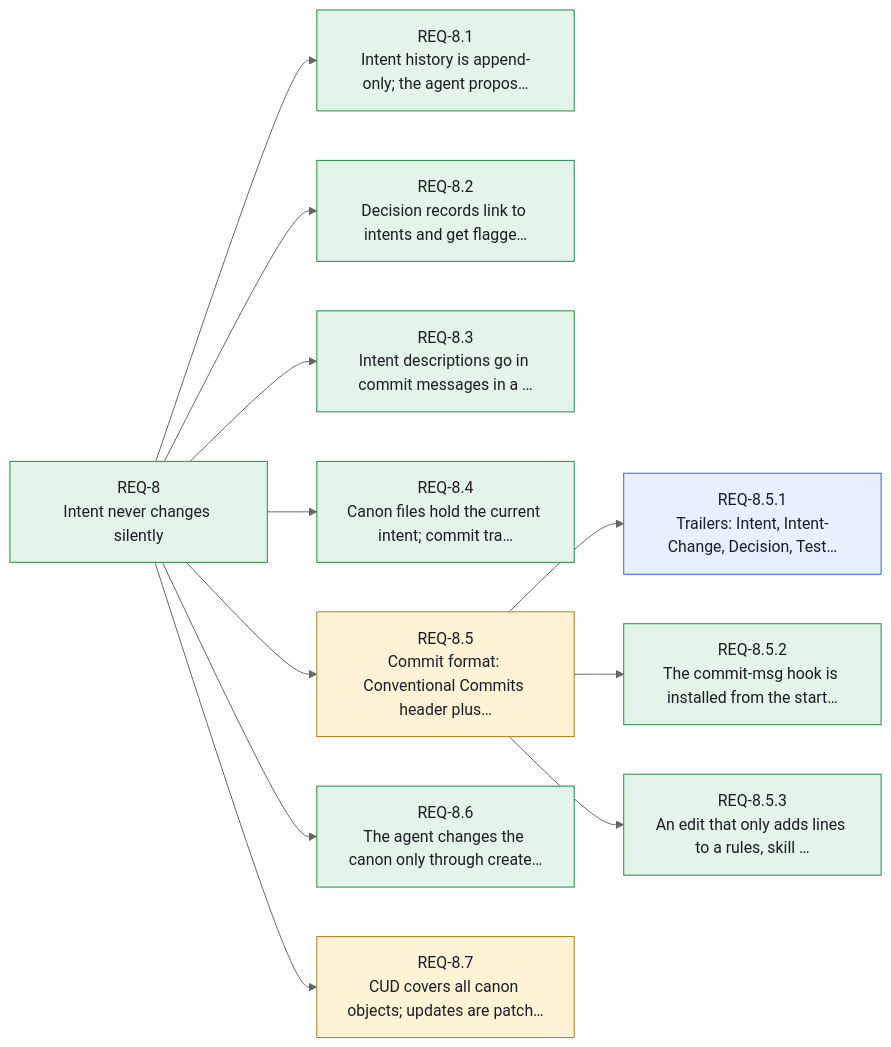
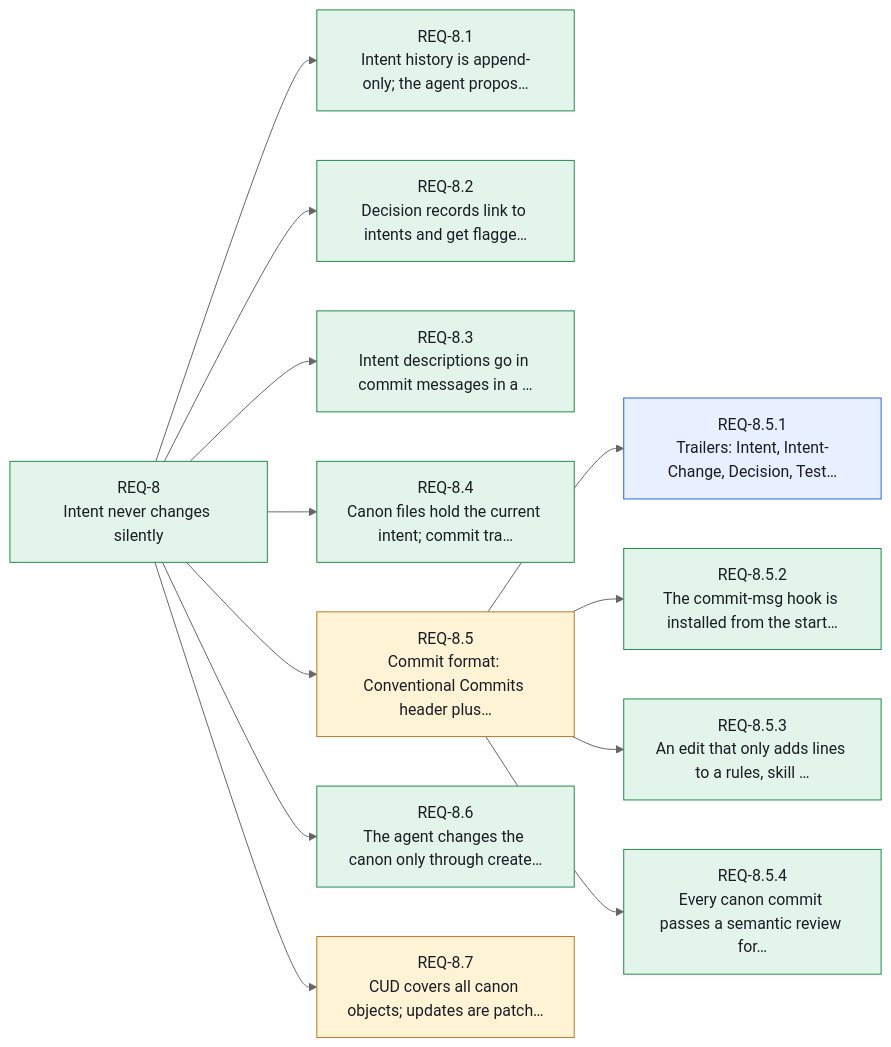
One commit to Althis/headcanon changed the ninth of 14 diagrams in canon/INDEX.md. Above: the diagram before and after it, drawn with Mermaid (neutral theme). The commit also changed other lines of this file and 9 other files, not shown here.

First line of the commit message:
feat(plugin): semantic review of every canon commit by a verifier agent

````diff
--- a/canon/INDEX.md
+++ b/canon/INDEX.md
@@ -399,29 +399,31 @@
 ```mermaid
 flowchart LR
     REQ_8["REQ-8<br/>Intent never changes silently"]:::stated
     REQ_8_1["REQ-8.1<br/>Intent history is append-only; the agent propos…"]:::stated
     REQ_8_2["REQ-8.2<br/>Decision records link to intents and get flagge…"]:::stated
     REQ_8_3["REQ-8.3<br/>Intent descriptions go in commit messages in a …"]:::stated
     REQ_8_4["REQ-8.4<br/>Canon files hold the current intent; commit tra…"]:::stated
     REQ_8_5["REQ-8.5<br/>Commit format: Conventional Commits header plus…"]:::assumed
     REQ_8_5_1["REQ-8.5.1<br/>Trailers: Intent, Intent-Change, Decision, Test…"]:::resolved
     REQ_8_5_2["REQ-8.5.2<br/>The commit-msg hook is installed from the start…"]:::stated
     REQ_8_5_3["REQ-8.5.3<br/>An edit that only adds lines to a rules, skill …"]:::stated
+    REQ_8_5_4["REQ-8.5.4<br/>Every canon commit passes a semantic review for…"]:::stated
     REQ_8_6["REQ-8.6<br/>The agent changes the canon only through create…"]:::stated
     REQ_8_7["REQ-8.7<br/>CUD covers all canon objects; updates are patch…"]:::assumed
     REQ_8 --> REQ_8_1
     REQ_8 --> REQ_8_2
     REQ_8 --> REQ_8_3
     REQ_8 --> REQ_8_4
     REQ_8 --> REQ_8_5
     REQ_8_5 --> REQ_8_5_1
     REQ_8_5 --> REQ_8_5_2
     REQ_8_5 --> REQ_8_5_3
+    REQ_8_5 --> REQ_8_5_4
     REQ_8 --> REQ_8_6
     REQ_8 --> REQ_8_7
     classDef stated fill:#e3f5ea,stroke:#1f8a4c,color:#1a1d23
     classDef resolved fill:#e8efff,stroke:#2563eb,color:#1a1d23
     classDef assumed fill:#fff3d6,stroke:#b7791f,color:#1a1d23
     classDef open fill:#ece9fb,stroke:#6b5bd2,color:#1a1d23
     classDef contested fill:#fde7e8,stroke:#d13438,color:#1a1d23
 ```
````
